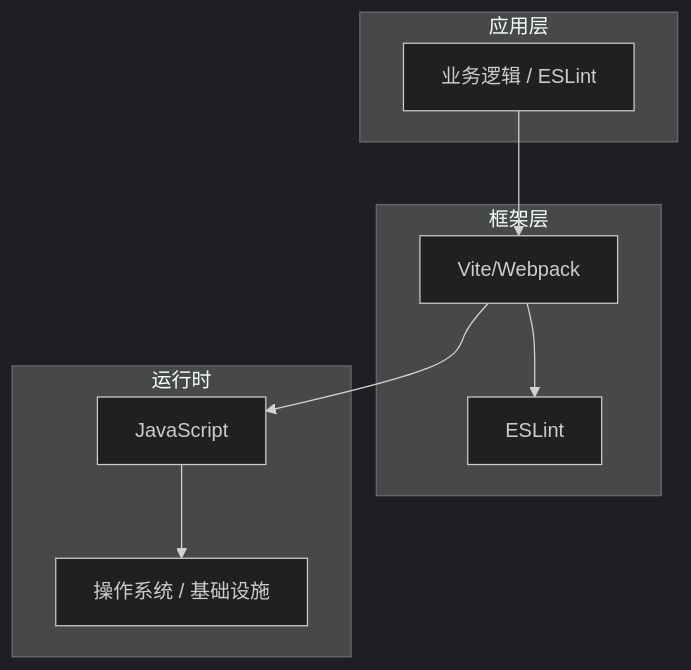
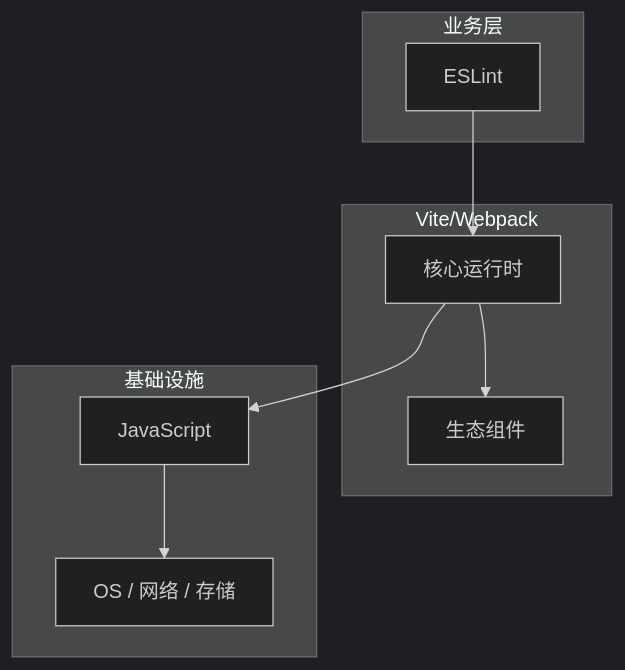
Before and after one commit to yanggan2015/knowledge-json-v2: the diagram in articles/前端工程化/chapters/043-ESLint核心概念与原理.md, drawn with Mermaid (dark theme). The commit also changed other lines of this file and 10127 other files, not shown here.

````diff
--- a/articles/前端工程化/chapters/043-ESLint核心概念与原理.md
+++ b/articles/前端工程化/chapters/043-ESLint核心概念与原理.md
@@ -45,18 +34,18 @@
 ```mermaid
 graph TB
-    subgraph 应用层
-        A[业务逻辑 / ESLint]
+    subgraph 业务层
+        A[ESLint]
     end
-    subgraph 框架层
-        B[Vite/Webpack]
-        C[ESLint]
+    subgraph Vite/Webpack
+        B[核心运行时]
+        C[生态组件]
     end
-    subgraph 运行时
+    subgraph 基础设施
         D[JavaScript]
-        E[操作系统 / 基础设施]
+        E[OS / 网络 / 存储]
     end
     A --> B
     B --> C
     B --> D
     D --> E
 ```
````
